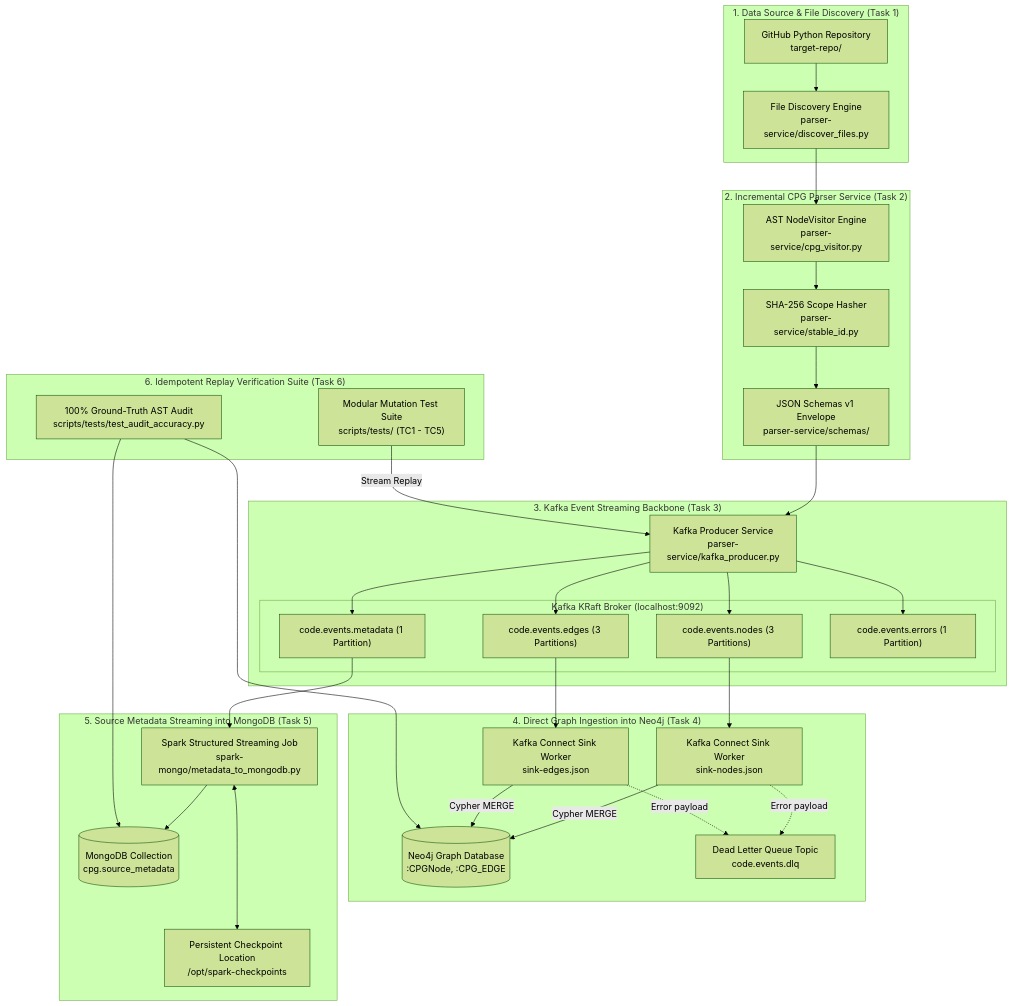
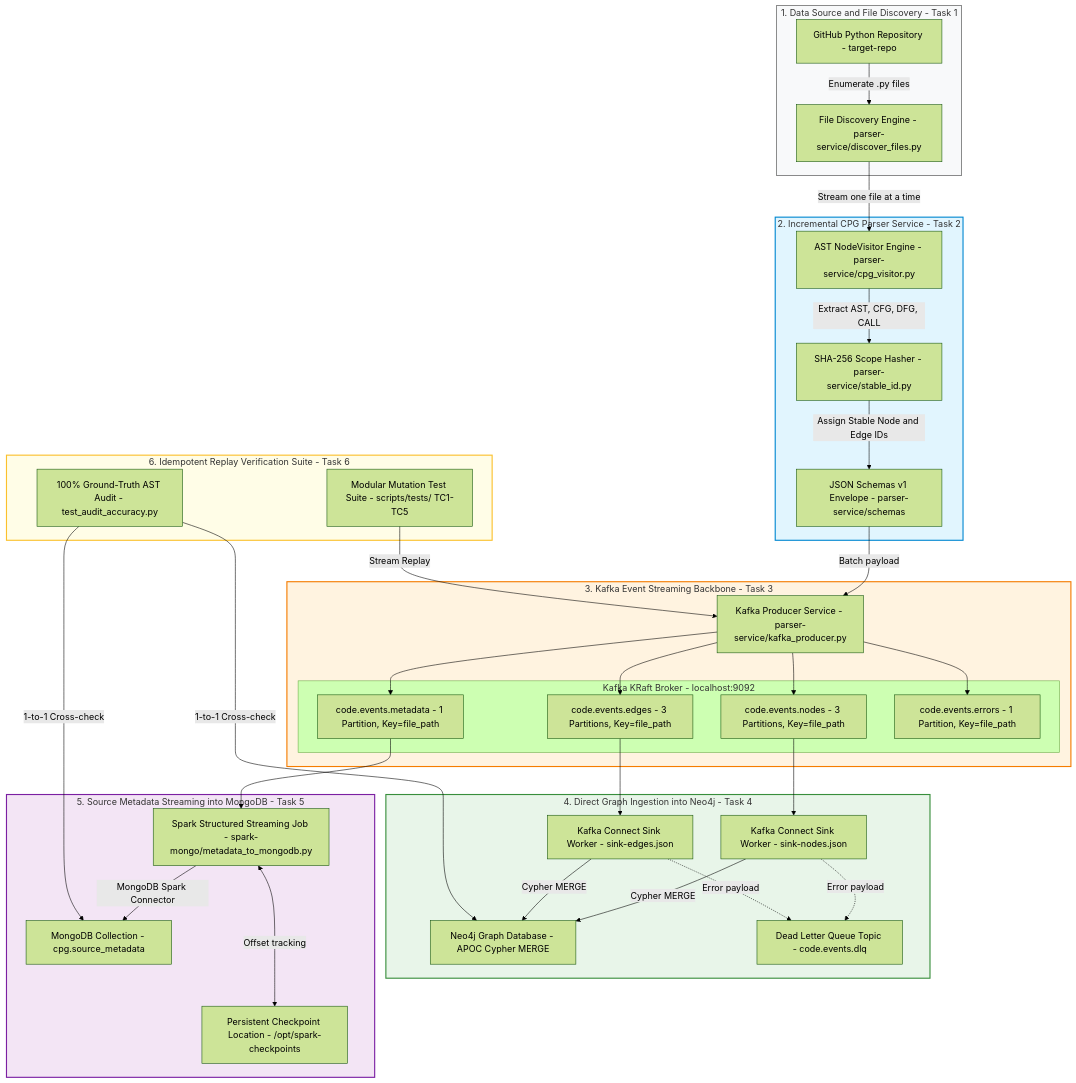
One commit to TrNguyenMQuan/spark_streaming changed the diagram in notebooks/intro.md. Above: the diagram before and after it, drawn with Mermaid (forest theme). The commit also changed 1 other file, not shown here.

Commit message:
fix(docs): Fix Mermaid syntax error by escaping parentheses and HTML tags in node labels

````diff
--- a/notebooks/intro.md
+++ b/notebooks/intro.md
@@ -13,68 +13,75 @@
 ```mermaid
 flowchart TD
-    subgraph Task1 ["1. Data Source & File Discovery (Task 1)"]
-        Repo["GitHub Python Repository<br>target-repo/"]
-        Discover["File Discovery Engine<br>parser-service/discover_files.py"]
-        Repo --> Discover
+    subgraph Task1 ["1. Data Source and File Discovery - Task 1"]
+        Repo["GitHub Python Repository - target-repo"]
+        Discover["File Discovery Engine - parser-service/discover_files.py"]
+        Repo -->|Enumerate .py files| Discover
     end
 
-    subgraph Task2 ["2. Incremental CPG Parser Service (Task 2)"]
-        AST_Visitor["AST NodeVisitor Engine<br>parser-service/cpg_visitor.py"]
-        Hasher["SHA-256 Scope Hasher<br>parser-service/stable_id.py"]
-        Schemas["JSON Schemas v1 Envelope<br>parser-service/schemas/"]
+    subgraph Task2 ["2. Incremental CPG Parser Service - Task 2"]
+        AST_Visitor["AST NodeVisitor Engine - parser-service/cpg_visitor.py"]
+        Hasher["SHA-256 Scope Hasher - parser-service/stable_id.py"]
+        Schemas["JSON Schemas v1 Envelope - parser-service/schemas"]
         
-        Discover --> AST_Visitor
-        AST_Visitor --> Hasher
-        Hasher --> Schemas
+        Discover -->|Stream one file at a time| AST_Visitor
+        AST_Visitor -->|Extract AST, CFG, DFG, CALL| Hasher
+        Hasher -->|Assign Stable Node and Edge IDs| Schemas
     end
 
-    subgraph Task3 ["3. Kafka Event Streaming Backbone (Task 3)"]
-        Producer["Kafka Producer Service<br>parser-service/kafka_producer.py"]
+    subgraph Task3 ["3. Kafka Event Streaming Backbone - Task 3"]
+        Producer["Kafka Producer Service - parser-service/kafka_producer.py"]
         
-        subgraph Topics ["Kafka KRaft Broker (localhost:9092)"]
-            T_Nodes["code.events.nodes (3 Partitions)"]
-            T_Edges["code.events.edges (3 Partitions)"]
-            T_Meta["code.events.metadata (1 Partition)"]
-            T_Err["code.events.errors (1 Partition)"]
+        subgraph Topics ["Kafka KRaft Broker - localhost:9092"]
+            T_Nodes["code.events.nodes - 3 Partitions, Key=file_path"]
+            T_Edges["code.events.edges - 3 Partitions, Key=file_path"]
+            T_Meta["code.events.metadata - 1 Partition, Key=file_path"]
+            T_Err["code.events.errors - 1 Partition, Key=file_path"]
         end
 
-        Schemas --> Producer
+        Schemas -->|Batch payload| Producer
         Producer --> T_Nodes
         Producer --> T_Edges
         Producer --> T_Meta
         Producer --> T_Err
     end
 
-    subgraph Task4 ["4. Direct Graph Ingestion into Neo4j (Task 4)"]
-        KC_Nodes["Kafka Connect Sink Worker<br>sink-nodes.json"]
-        KC_Edges["Kafka Connect Sink Worker<br>sink-edges.json"]
-        Neo4j[("Neo4j Graph Database<br>:CPGNode, :CPG_EDGE")]
-        DLQ["Dead Letter Queue Topic<br>code.events.dlq"]
+    subgraph Task4 ["4. Direct Graph Ingestion into Neo4j - Task 4"]
+        KC_Nodes["Kafka Connect Sink Worker - sink-nodes.json"]
+        KC_Edges["Kafka Connect Sink Worker - sink-edges.json"]
+        Neo4j["Neo4j Graph Database - APOC Cypher MERGE"]
+        DLQ["Dead Letter Queue Topic - code.events.dlq"]
 
         T_Nodes --> KC_Nodes
         T_Edges --> KC_Edges
         KC_Nodes -->|Cypher MERGE| Neo4j
         KC_Edges -->|Cypher MERGE| Neo4j
         KC_Nodes -.->|Error payload| DLQ
         KC_Edges -.->|Error payload| DLQ
     end
 
-    subgraph Task5 ["5. Source Metadata Streaming into MongoDB (Task 5)"]
-        Spark["Spark Structured Streaming Job<br>spark-mongo/metadata_to_mongodb.py"]
-        Checkpoint["Persistent Checkpoint Location<br>/opt/spark-checkpoints"]
-        Mongo[("MongoDB Collection<br>cpg.source_metadata")]
+    subgraph Task5 ["5. Source Metadata Streaming into MongoDB - Task 5"]
+        Spark["Spark Structured Streaming Job - spark-mongo/metadata_to_mongodb.py"]
+        Checkpoint["Persistent Checkpoint Location - /opt/spark-checkpoints"]
+        Mongo["MongoDB Collection - cpg.source_metadata"]
 
         T_Meta --> Spark
-        Spark <---> Checkpoint
-        Spark --> Mongo
+        Spark <--->|Offset tracking| Checkpoint
+        Spark -->|MongoDB Spark Connector| Mongo
     end
 
-    subgraph Task6 ["6. Idempotent Replay Verification Suite (Task 6)"]
-        Mutator["Modular Mutation Test Suite<br>scripts/tests/ (TC1 - TC5)"]
-        Audit["100% Ground-Truth AST Audit<br>scripts/tests/test_audit_accuracy.py"]
+    subgraph Task6 ["6. Idempotent Replay Verification Suite - Task 6"]
+        Mutator["Modular Mutation Test Suite - scripts/tests/ TC1-TC5"]
+        Audit["100% Ground-Truth AST Audit - test_audit_accuracy.py"]
 
         Mutator -->|Stream Replay| Producer
-        Audit --> Neo4j
-        Audit --> Mongo
+        Audit -->|1-to-1 Cross-check| Neo4j
+        Audit -->|1-to-1 Cross-check| Mongo
     end
+
+    style Task1 fill:#f8f9fa,stroke:#333,stroke-width:1px
+    style Task2 fill:#e1f5fe,stroke:#0288d1,stroke-width:2px
+    style Task3 fill:#fff3e0,stroke:#f57c00,stroke-width:2px
+    style Task4 fill:#e8f5e9,stroke:#388e3c,stroke-width:2px
+    style Task5 fill:#f3e5f5,stroke:#7b1fa2,stroke-width:2px
+    style Task6 fill:#fffde7,stroke:#fbc02d,stroke-width:2px
 ```
````
